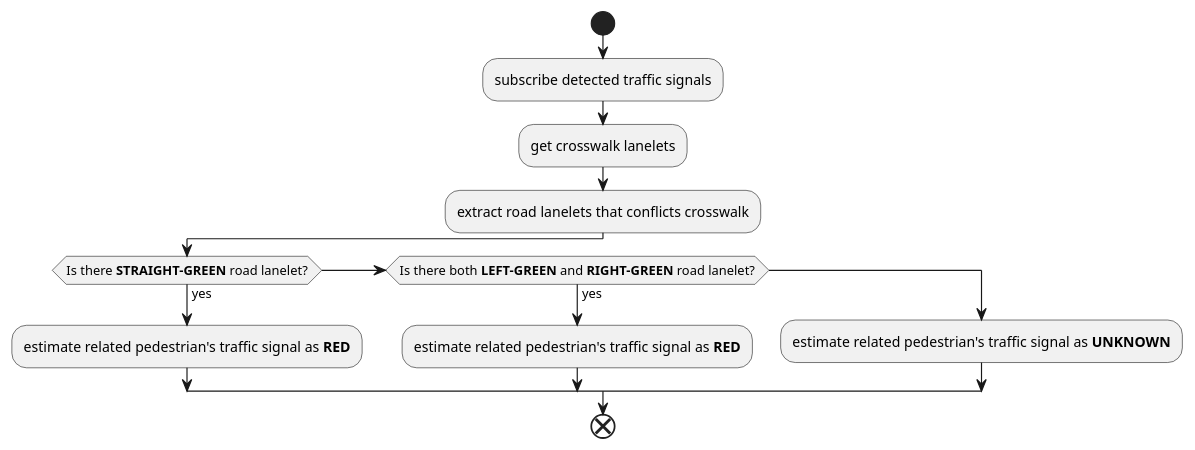
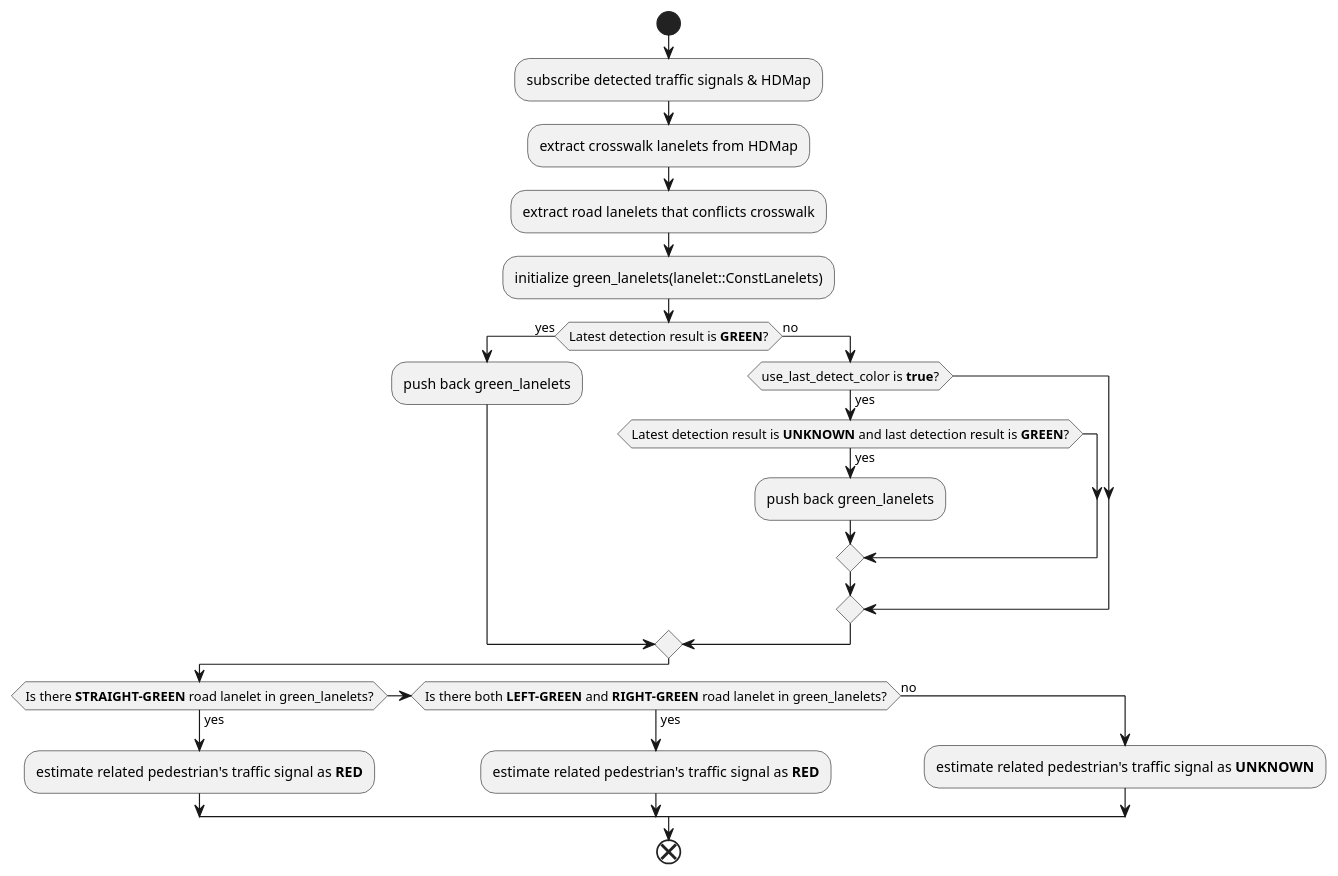
Before and after one commit to autowarefoundation/autoware.universe: the diagram in perception/traffic_light_estimator/README.md, drawn with PlantUML.

Commit message:
docs(traffic_light_estimator): update flow diagram

````diff
--- a/perception/traffic_light_estimator/README.md
+++ b/perception/traffic_light_estimator/README.md
@@ -31,16 +31,26 @@
 ```plantuml
 
 start
-:subscribe detected traffic signals;
-:get crosswalk lanelets;
+:subscribe detected traffic signals & HDMap;
+:extract crosswalk lanelets from HDMap;
 :extract road lanelets that conflicts crosswalk;
-if (Is there **STRAIGHT-GREEN** road lanelet?) then (yes)
+:initialize green_lanelets(lanelet::ConstLanelets);
+if (Latest detection result is **GREEN**?) then (yes)
+  :push back green_lanelets;
+else (no)
+  if (use_last_detect_color is **true**?) then (yes)
+    if (Latest detection result is **UNKNOWN** and last detection result is **GREEN**?) then (yes)
+     :push back green_lanelets;
+    endif
+  endif
+endif
+if (Is there **STRAIGHT-GREEN** road lanelet in green_lanelets?) then (yes)
   :estimate related pedestrian's traffic signal as **RED**;
-else if (Is there both **LEFT-GREEN** and **RIGHT-GREEN** road lanelet?) then (yes)
+else if (Is there both **LEFT-GREEN** and **RIGHT-GREEN** road lanelet in green_lanelets?) then (yes)
   :estimate related pedestrian's traffic signal as **RED**;
-else
+else (no)
   :estimate related pedestrian's traffic signal as **UNKNOWN**;
 endif
 end
 
 ```
````
